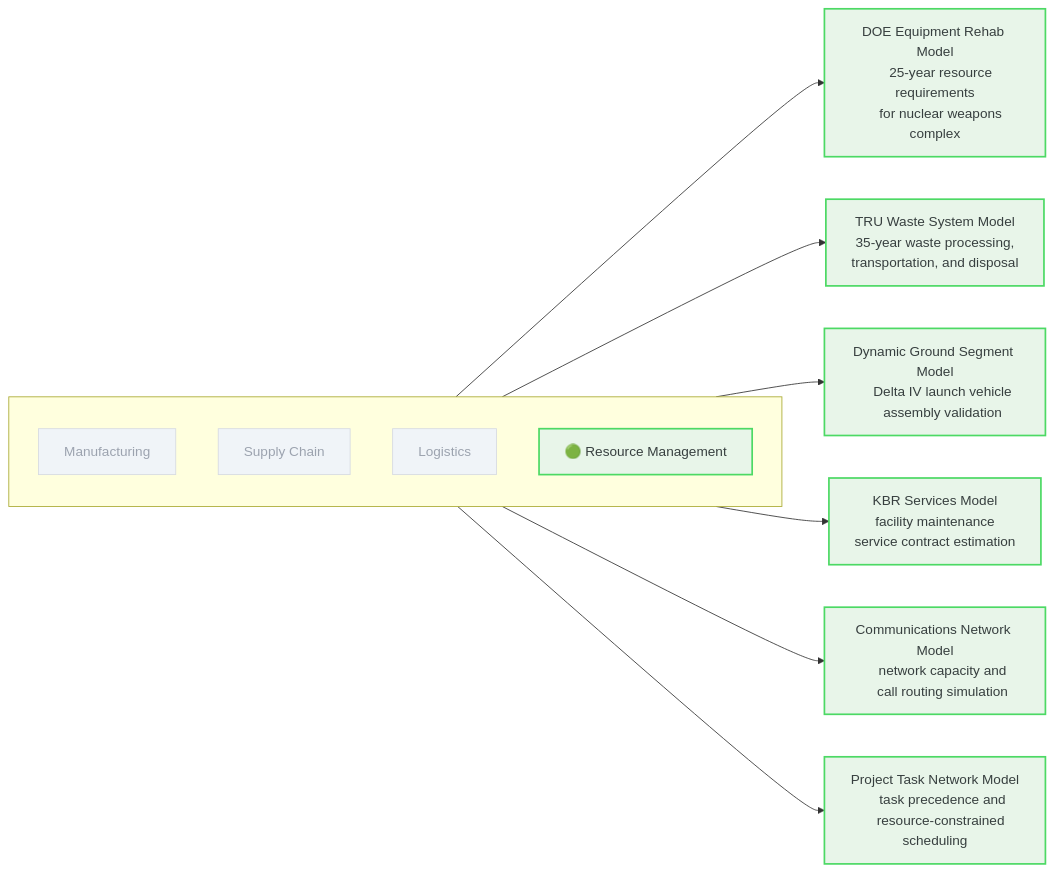
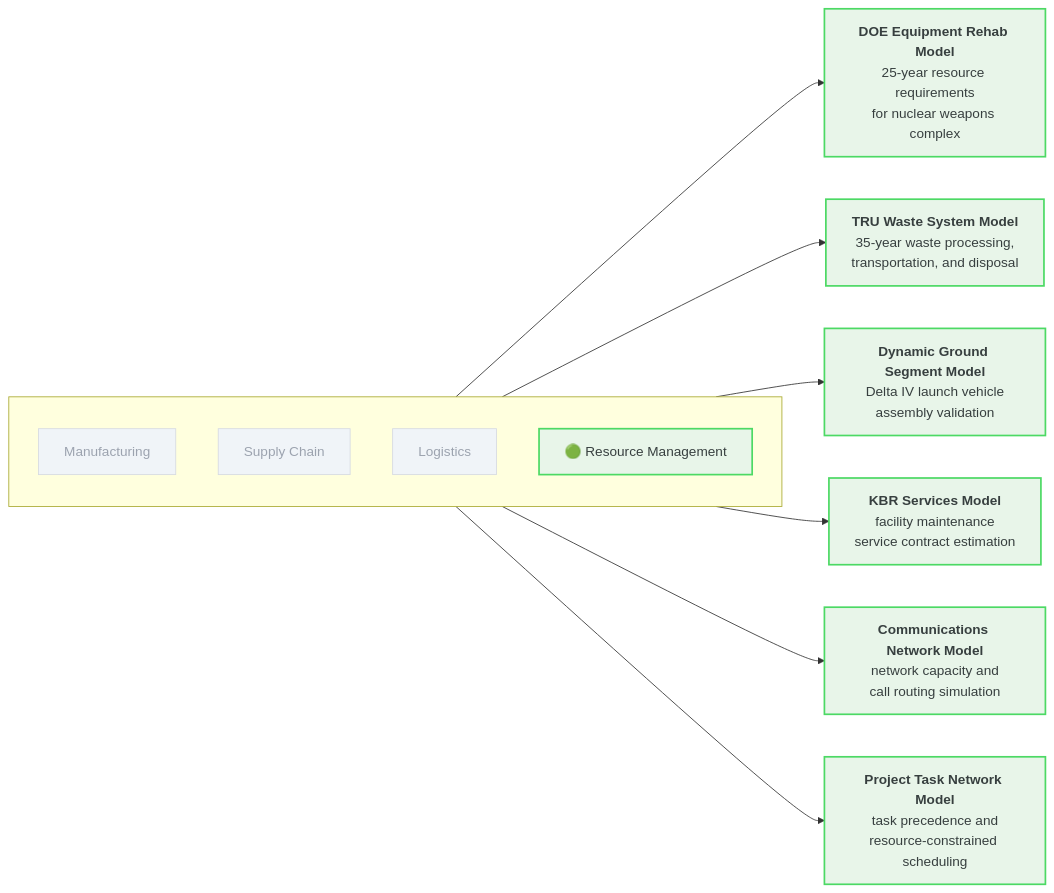
One commit to SimulationDynamics/sdi-self-guided-tour changed the diagram in src/resource-management/case-studies.md. Above: the diagram before and after it, drawn with Mermaid. The commit also changed 5 other files, not shown here.

First line of the commit message:
Add bold titles and clickable links to Mermaid diagrams, update docs

```diff
--- a/src/resource-management/case-studies.md
+++ b/src/resource-management/case-studies.md
@@ -24,34 +24,40 @@
 <div class="mermaid">
 graph LR
     subgraph sections[" "]
         direction TB
         M["Manufacturing"]
         SC["Supply Chain"]
         L["Logistics"]
         RM["🟢 Resource Management"]
     end
-    RM -->|" "| CS1["DOE Equipment Rehab Model
+    RM -->|" "| CS1["`**DOE Equipment Rehab Model**
     25-year resource requirements
-    for nuclear weapons complex"]
-    RM -->|" "| CS2["TRU Waste System Model
+    for nuclear weapons complex`"]
+    RM -->|" "| CS2["`**TRU Waste System Model**
     35-year waste processing,
-    transportation, and disposal"]
-    RM -->|" "| CS3["Dynamic Ground Segment Model
+    transportation, and disposal`"]
+    RM -->|" "| CS3["`**Dynamic Ground Segment Model**
     Delta IV launch vehicle
-    assembly validation"]
-    RM -->|" "| CS4["KBR Services Model
+    assembly validation`"]
+    RM -->|" "| CS4["`**KBR Services Model**
     facility maintenance
-    service contract estimation"]
-    RM -->|" "| CS5["Communications Network Model
+    service contract estimation`"]
+    RM -->|" "| CS5["`**Communications Network Model**
     network capacity and
-    call routing simulation"]
-    RM -->|" "| CS6["Project Task Network Model
+    call routing simulation`"]
+    RM -->|" "| CS6["`**Project Task Network Model**
     task precedence and
-    resource-constrained scheduling"]
+    resource-constrained scheduling`"]
+    click CS1 "/resource-management/case-studies/#doe-equipment-rehab"
+    click CS2 "/resource-management/case-studies/#tru-waste-system"
+    click CS3 "/resource-management/case-studies/#dynamic-ground-segment"
+    click CS4 "/resource-management/case-studies/#kbr-services"
+    click CS5 "/resource-management/case-studies/#communications-network"
+    click CS6 "/resource-management/case-studies/#project-task-network"
     classDef active fill:#e8f5e9,stroke:#4CD964,stroke-width:2px,color:#373F3F
     classDef dimmed fill:#f0f4f8,stroke:#D6DAE1,stroke-width:1px,color:#9ca3af
     classDef caseStudy fill:#e8f5e9,stroke:#4CD964,stroke-width:2px,color:#373F3F
     class RM active
     class M,SC,L dimmed
     class CS1,CS2,CS3,CS4,CS5,CS6 caseStudy
 </div>
```
